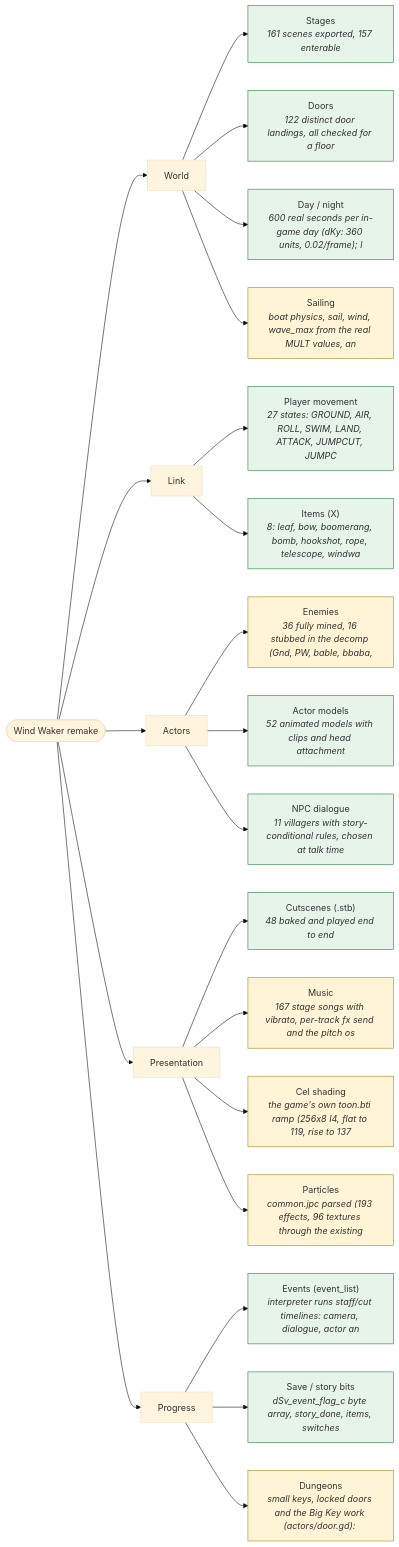
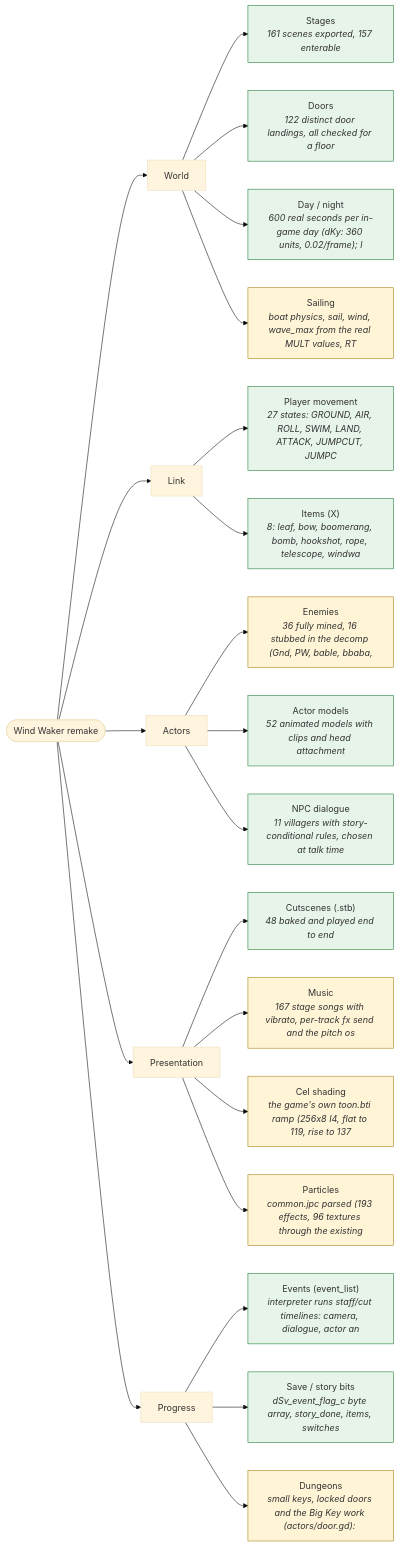
One commit to Felbs/3d-ripper-9000 changed the first of 2 diagrams in docs/game_map.md. Above: the diagram before and after it, drawn with Mermaid (base theme). The commit also changed other lines of this file and 3 other files, not shown here.

````diff
--- a/docs/game_map.md
+++ b/docs/game_map.md
@@ -12,44 +12,44 @@
 ```mermaid
 flowchart LR
     classDef ok fill:#e6f4ea,stroke:#1e7d34;
     classDef partial fill:#fff4d6,stroke:#a97f13;
     classDef missing fill:#fde7e7,stroke:#a51b1b;
     GAME(["Wind Waker remake"])
     GAME --> G0["World"]
     G0 --> G0_0["Stages<br/><i>161 scenes exported, 157 enterable</i>"]
     class G0_0 ok;
     G0 --> G0_1["Doors<br/><i>122 distinct door landings, all checked for a floor</i>"]
     class G0_1 ok;
     G0 --> G0_2["Day / night<br/><i>600 real seconds per in-game day (dKy: 360 units, 0.02/frame); l</i>"]
     class G0_2 ok;
-    G0 --> G0_3["Sailing<br/><i>boat physics, sail, wind, wave_max from the real MULT values, an</i>"]
+    G0 --> G0_3["Sailing<br/><i>boat physics, sail, wind, wave_max from the real MULT values, RT</i>"]
     class G0_3 partial;
     GAME --> G1["Link"]
     G1 --> G1_0["Player movement<br/><i>27 states: GROUND, AIR, ROLL, SWIM, LAND, ATTACK, JUMPCUT, JUMPC</i>"]
     class G1_0 ok;
     G1 --> G1_1["Items (X)<br/><i>8: leaf, bow, boomerang, bomb, hookshot, rope, telescope, windwa</i>"]
     class G1_1 ok;
     GAME --> G2["Actors"]
     G2 --> G2_0["Enemies<br/><i>36 fully mined, 16 stubbed in the decomp (Gnd, PW, bable, bbaba,</i>"]
     class G2_0 partial;
     G2 --> G2_1["Actor models<br/><i>52 animated models with clips and head attachment</i>"]
     class G2_1 ok;
     G2 --> G2_2["NPC dialogue<br/><i>11 villagers with story-conditional rules, chosen at talk time</i>"]
     class G2_2 ok;
     GAME --> G3["Presentation"]
     G3 --> G3_0["Cutscenes (.stb)<br/><i>48 baked and played end to end</i>"]
     class G3_0 ok;
     G3 --> G3_1["Music<br/><i>167 stage songs with vibrato, per-track fx send and the pitch os</i>"]
     class G3_1 partial;
     G3 --> G3_2["Cel shading<br/><i>the game's own toon.bti ramp (256x8 I4, flat to 119, rise to 137</i>"]
     class G3_2 partial;
     G3 --> G3_3["Particles<br/><i>common.jpc parsed (193 effects, 96 textures through the existing</i>"]
     class G3_3 partial;
     GAME --> G4["Progress"]
     G4 --> G4_0["Events (event_list)<br/><i>interpreter runs staff/cut timelines: camera, dialogue, actor an</i>"]
     class G4_0 ok;
     G4 --> G4_1["Save / story bits<br/><i>dSv_event_flag_c byte array, story_done, items, switches</i>"]
     class G4_1 ok;
     G4 --> G4_2["Dungeons<br/><i>small keys, locked doors and the Big Key work (actors/door.gd): </i>"]
     class G4_2 partial;
 ```
````
